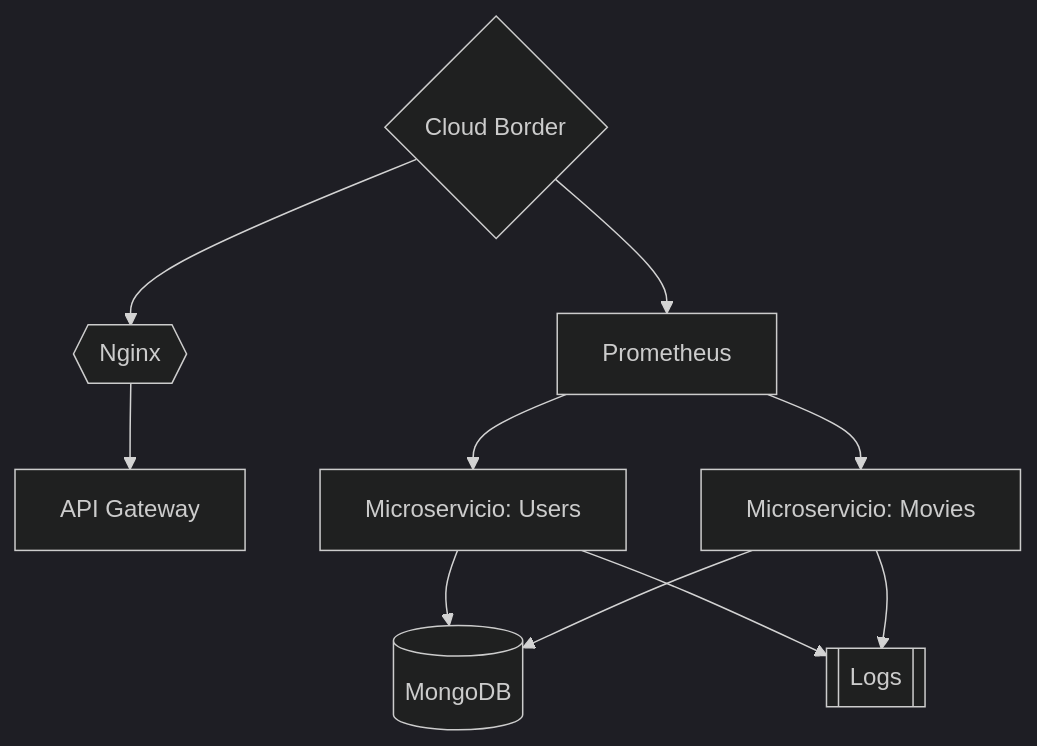
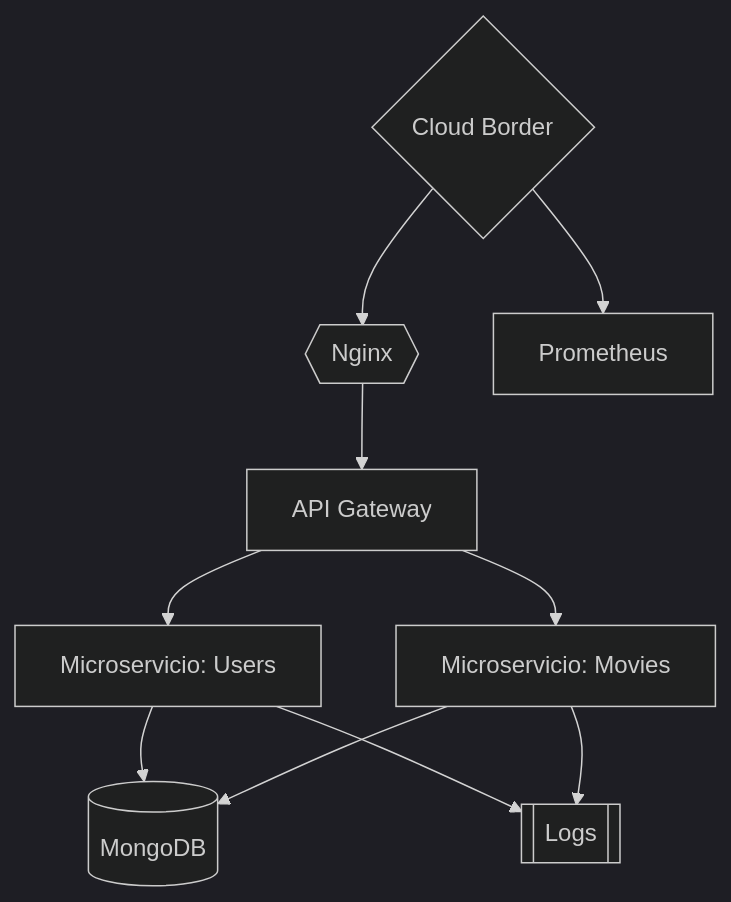
The first of 2 diagrams in README.md (imeshinnovation/proyecto_ddd), drawn with Mermaid (dark theme) before and after one commit.

Commit message:
Update repo

````diff
--- a/README.md
+++ b/README.md
@@ -24,13 +24,13 @@
 ```mermaid
 graph TD
     A{Cloud Border}
     A --> B{{Nginx}}
     A --> C[Prometheus]
     B --> D[API Gateway]
-    C --> E[Microservicio: Users]
-    C --> F[Microservicio: Movies]
+    D --> E[Microservicio: Users]
+    D --> F[Microservicio: Movies]
     E --> G[(MongoDB)]
     F --> G[(MongoDB)]
     E --> H[[Logs]]
     F --> H[[Logs]]
 ```
````
